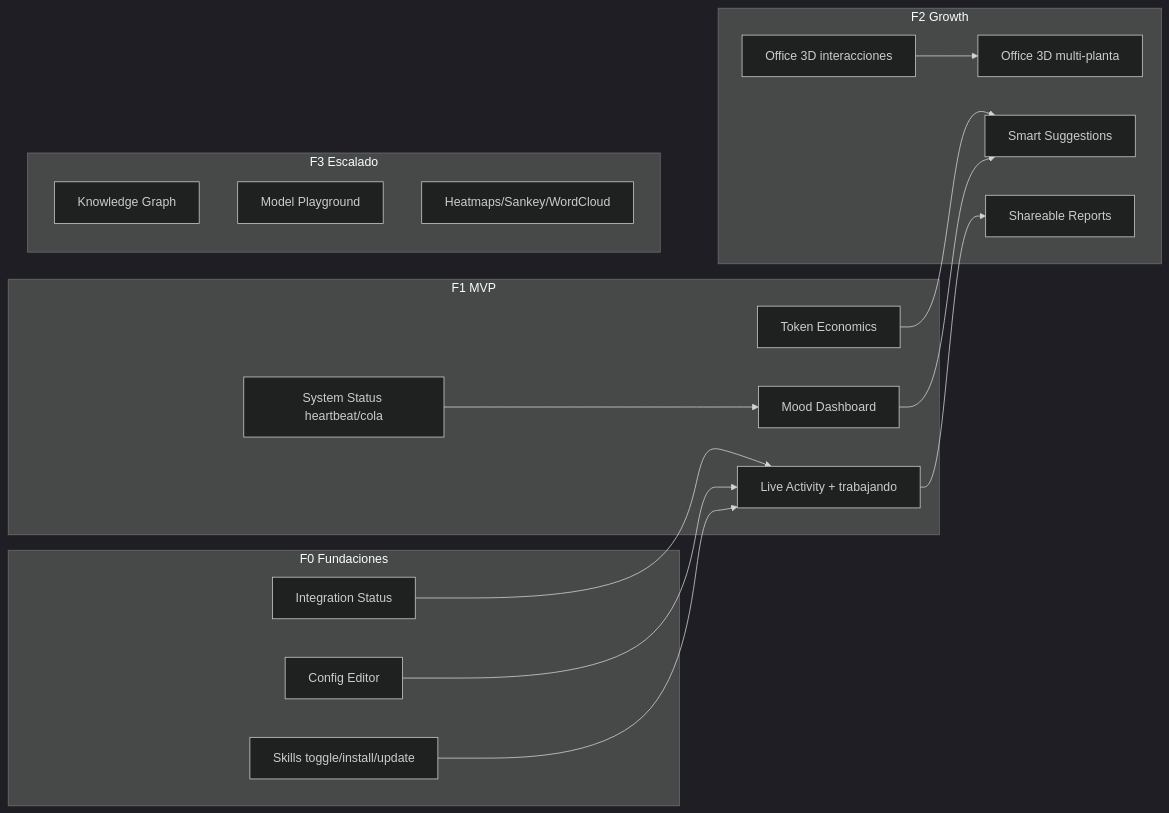
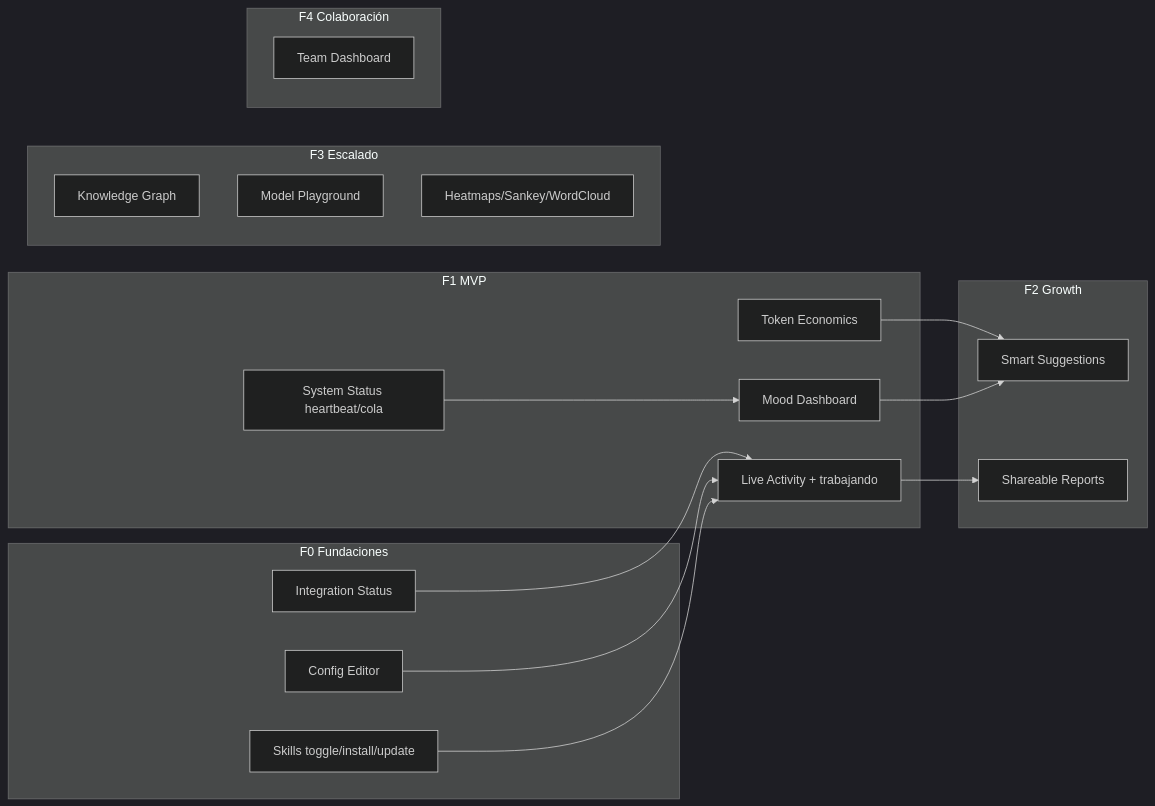
One commit to tecfandeveloper/mara-os changed the diagram in ROADMAP-v2.md. Above: the diagram before and after it, drawn with Mermaid (dark theme). The commit also changed other lines of this file and 30 other files, not shown here.

````diff
--- a/ROADMAP-v2.md
+++ b/ROADMAP-v2.md
@@ -295,37 +292,38 @@
 ```mermaid
 flowchart LR
   subgraph F0["F0 Fundaciones"]
     A[Integration Status]
     B[Config Editor]
     C[Skills toggle/install/update]
   end
 
   subgraph F1["F1 MVP"]
     D[Live Activity + trabajando]
     E[System Status heartbeat/cola]
     F[Token Economics]
     G[Mood Dashboard]
   end
 
   subgraph F2["F2 Growth"]
-    H[Office 3D interacciones]
-    I[Office 3D multi-planta]
     J[Smart Suggestions]
     K[Shareable Reports]
   end
 
   subgraph F3["F3 Escalado"]
     L[Knowledge Graph]
     M[Model Playground]
     N[Heatmaps/Sankey/WordCloud]
   end
 
+  subgraph F4["F4 Colaboración"]
+    O[Team Dashboard]
+  end
+
   A --> D
   B --> D
   C --> D
   E --> G
   F --> J
-  H --> I
   G --> J
   D --> K
 ```
````
